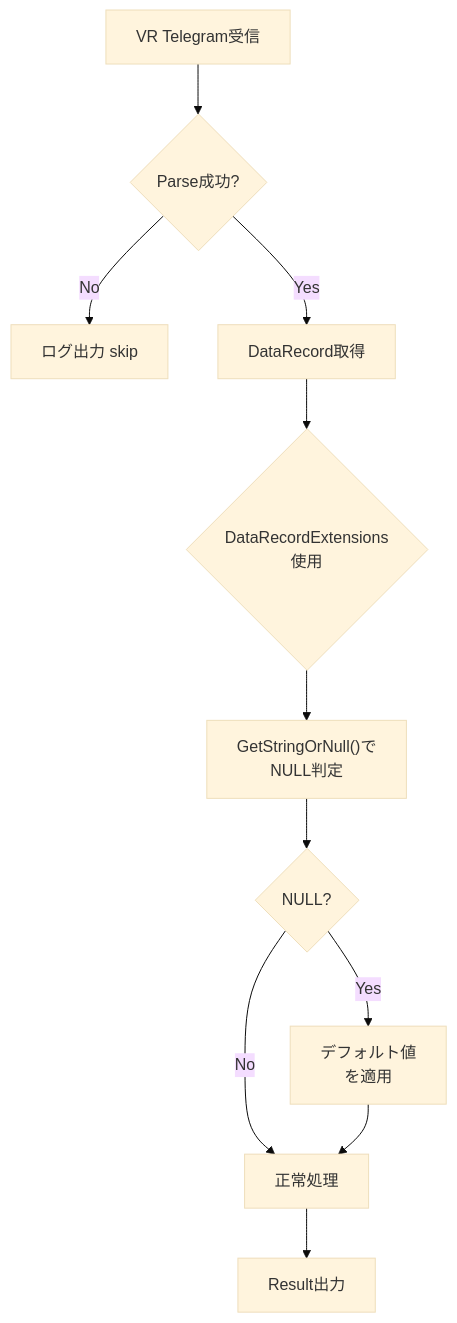
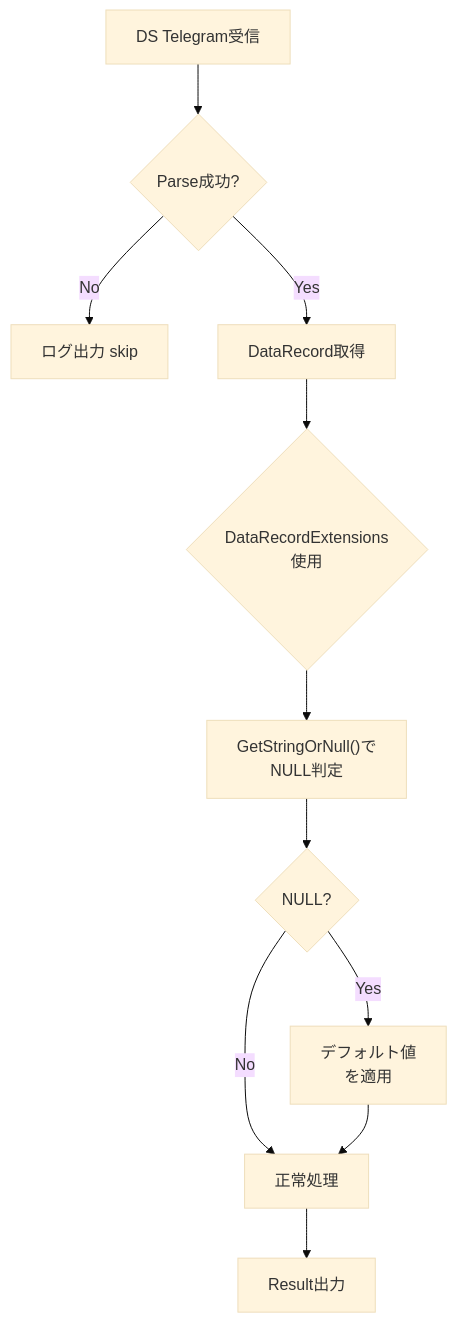
The second of 2 diagrams in skills/verification-and-quality/defect-repair-unified/sub-skills/phase1-investigation.md (duwenji/dev-process-skill-library), drawn with Mermaid (base theme) before and after one commit. The commit also changed other lines of this file and 6 other files, not shown here.

````diff
--- a/skills/verification-and-quality/defect-repair-unified/sub-skills/phase1-investigation.md
+++ b/skills/verification-and-quality/defect-repair-unified/sub-skills/phase1-investigation.md
@@ -247,24 +247,24 @@
 ```mermaid
 flowchart TD
-    A[VR Telegram受信]
+    A[DS Telegram受信]
     B{Parse成功?}
     C[ログ出力 skip]
     D[DataRecord取得]
     E{DataRecordExtensions<br/>使用}
     F["GetStringOrNull()で<br/>NULL判定"]
     G{NULL?}
     H["デフォルト値<br/>を適用"]
     I[正常処理]
     J[Result出力]
 
     A --> B
     B -->|No| C
     B -->|Yes| D
     D --> E
     E --> F
     F --> G
     G -->|Yes| H
     G -->|No| I
     H --> I
     I --> J
 ```
````
